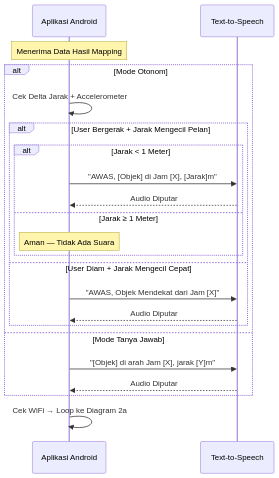
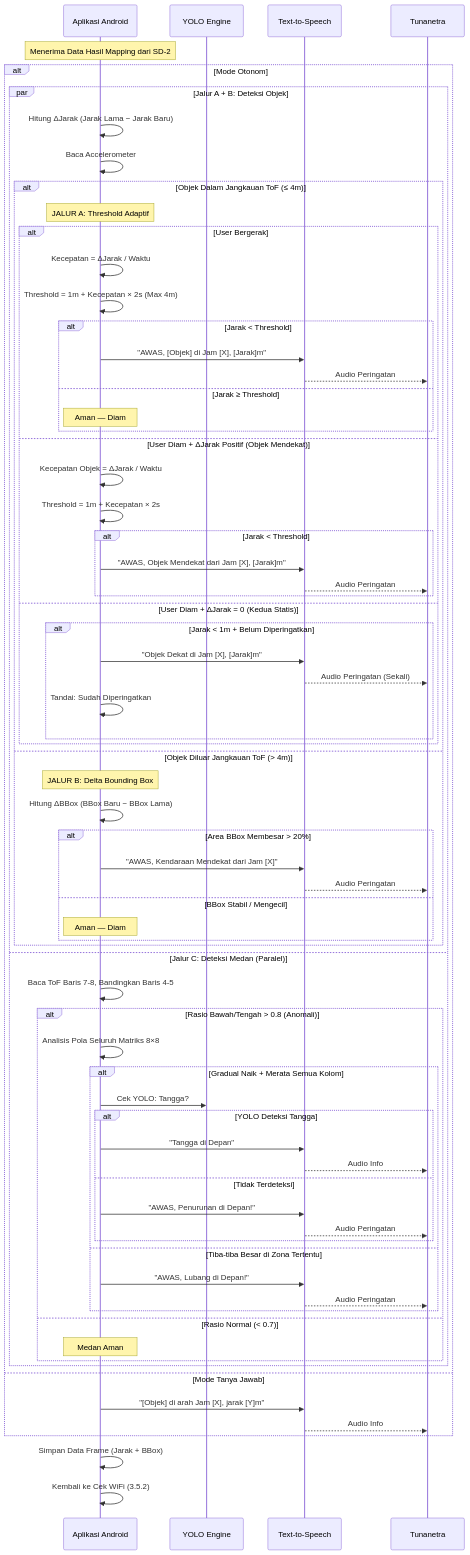
The fourth of 5 diagrams in sequence-diagram.md (aan-andiyanaS/draf), drawn with Mermaid before and after one commit. The commit also changed other lines of this file and 3 other files, not shown here.

Commit message:
restruktur all diagram

````diff
--- a/sequence-diagram.md
+++ b/sequence-diagram.md
@@ -151,29 +259,88 @@
 ```mermaid
 sequenceDiagram
     participant App as Aplikasi Android
+    participant AI as YOLO Engine
     participant TTS as Text-to-Speech
+    participant TN as Tunanetra
 
-    Note over App: Menerima Data Hasil Mapping
+    Note over App: Menerima Data Hasil Mapping dari SD-2
 
     alt Mode Otonom
-        App->>App: Cek Delta Jarak + Accelerometer
+        par Jalur A + B: Deteksi Objek
+            App->>App: Hitung ΔJarak (Jarak Lama − Jarak Baru)
+            App->>App: Baca Accelerometer
 
-        alt User Bergerak + Jarak Mengecil Pelan
-            alt Jarak < 1 Meter
-                App->>TTS: "AWAS, [Objek] di Jam [X], [Jarak]m"
-                TTS-->>App: Audio Diputar
-            else Jarak ≥ 1 Meter
-                Note over App: Aman — Tidak Ada Suara
+            alt Objek Dalam Jangkauan ToF (≤ 4m)
+                Note over App: JALUR A: Threshold Adaptif
+
+                alt User Bergerak
+                    App->>App: Kecepatan = ΔJarak / Waktu
+                    App->>App: Threshold = 1m + Kecepatan × 2s (Max 4m)
+                    alt Jarak < Threshold
+                        App->>TTS: "AWAS, [Objek] di Jam [X], [Jarak]m"
+                        TTS-->>TN: Audio Peringatan
+                    else Jarak ≥ Threshold
+                        Note over App: Aman — Diam
+                    end
+
+                else User Diam + ΔJarak Positif (Objek Mendekat)
+                    App->>App: Kecepatan Objek = ΔJarak / Waktu
+                    App->>App: Threshold = 1m + Kecepatan × 2s
+                    alt Jarak < Threshold
+                        App->>TTS: "AWAS, Objek Mendekat dari Jam [X], [Jarak]m"
+                        TTS-->>TN: Audio Peringatan
+                    end
+
+                else User Diam + ΔJarak = 0 (Kedua Statis)
+                    alt Jarak < 1m + Belum Diperingatkan
+                        App->>TTS: "Objek Dekat di Jam [X], [Jarak]m"
+                        TTS-->>TN: Audio Peringatan (Sekali)
+                        App->>App: Tandai: Sudah Diperingatkan
+                    end
+                end
+
+            else Objek Diluar Jangkauan ToF (> 4m)
+                Note over App: JALUR B: Delta Bounding Box
+                App->>App: Hitung ΔBBox (BBox Baru − BBox Lama)
+                alt Area BBox Membesar > 20%
+                    App->>TTS: "AWAS, Kendaraan Mendekat dari Jam [X]"
+                    TTS-->>TN: Audio Peringatan
+                else BBox Stabil / Mengecil
+                    Note over App: Aman — Diam
+                end
             end
-        else User Diam + Jarak Mengecil Cepat
-            App->>TTS: "AWAS, Objek Mendekat dari Jam [X]"
-            TTS-->>App: Audio Diputar
+
+        and Jalur C: Deteksi Medan (Paralel)
+            App->>App: Baca ToF Baris 7-8, Bandingkan Baris 4-5
+
+            alt Rasio Bawah/Tengah > 0.8 (Anomali)
+                App->>App: Analisis Pola Seluruh Matriks 8×8
+
+                alt Gradual Naik + Merata Semua Kolom
+                    App->>AI: Cek YOLO: Tangga?
+                    alt YOLO Deteksi Tangga
+                        App->>TTS: "Tangga di Depan"
+                        TTS-->>TN: Audio Info
+                    else Tidak Terdeteksi
+                        App->>TTS: "AWAS, Penurunan di Depan!"
+                        TTS-->>TN: Audio Peringatan
+                    end
+
+                else Tiba-tiba Besar di Zona Tertentu
+                    App->>TTS: "AWAS, Lubang di Depan!"
+                    TTS-->>TN: Audio Peringatan
+                end
+
+            else Rasio Normal (< 0.7)
+                Note over App: Medan Aman
+            end
         end
 
     else Mode Tanya Jawab
         App->>TTS: "[Objek] di arah Jam [X], jarak [Y]m"
-        TTS-->>App: Audio Diputar
+        TTS-->>TN: Audio Info
     end
 
-    App->>App: Cek WiFi → Loop ke Diagram 2a
+    App->>App: Simpan Data Frame (Jarak + BBox)
+    App->>App: Kembali ke Cek WiFi (3.5.2)
 ```
````
